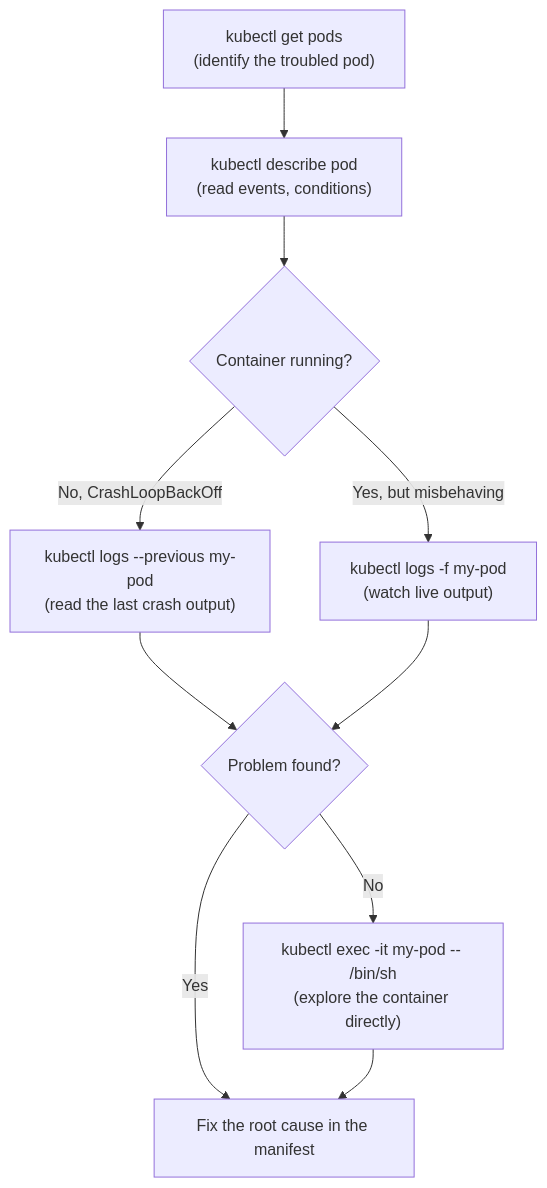
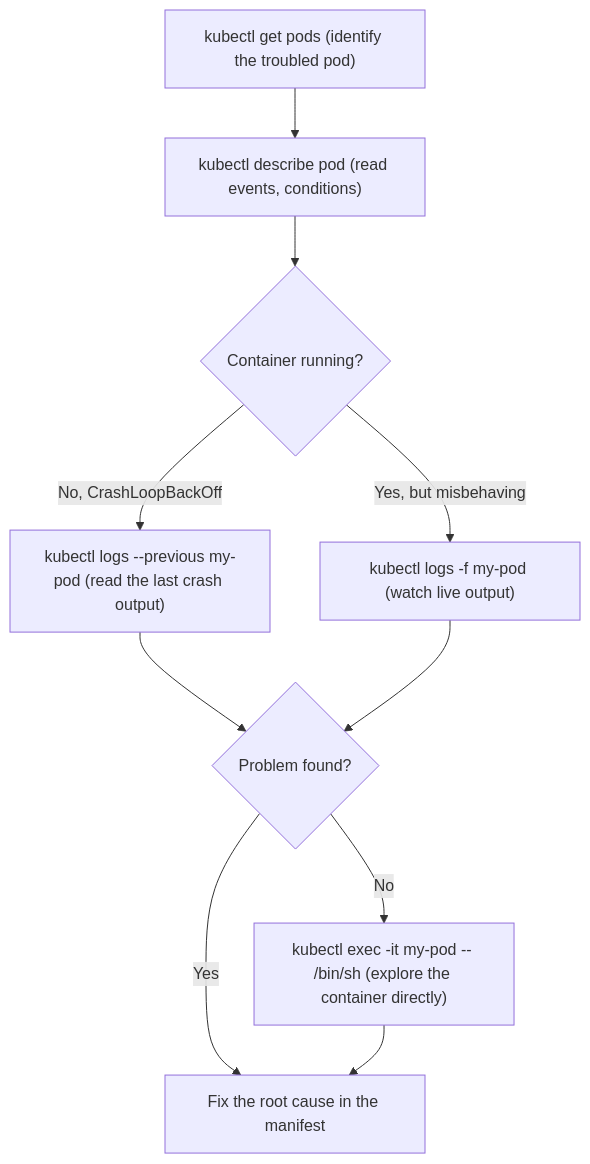
The diagram in src/courses/modules/kubectl-essentials/03-logs-and-exec/en/content.md (Antoine-Flo/kube-mastery), drawn with Mermaid before and after one commit. The commit also changed other lines of this file and 13 other files, not shown here.

````diff
--- a/src/courses/modules/kubectl-essentials/03-logs-and-exec/en/content.md
+++ b/src/courses/modules/kubectl-essentials/03-logs-and-exec/en/content.md
@@ -130,12 +128,12 @@
 ```mermaid
 flowchart TD
-    A["kubectl get pods\n(identify the troubled pod)"] --> B["kubectl describe pod\n(read events, conditions)"]
+    A["kubectl get pods (identify the troubled pod)"] --> B["kubectl describe pod (read events, conditions)"]
     B --> C{Container running?}
-    C -- No, CrashLoopBackOff --> D["kubectl logs --previous my-pod\n(read the last crash output)"]
-    C -- Yes, but misbehaving --> E["kubectl logs -f my-pod\n(watch live output)"]
+    C -- No, CrashLoopBackOff --> D["kubectl logs --previous my-pod (read the last crash output)"]
+    C -- Yes, but misbehaving --> E["kubectl logs -f my-pod (watch live output)"]
     D --> F{Problem found?}
     E --> F
-    F -- No --> G["kubectl exec -it my-pod -- /bin/sh\n(explore the container directly)"]
+    F -- No --> G["kubectl exec -it my-pod -- /bin/sh (explore the container directly)"]
     F -- Yes --> H["Fix the root cause in the manifest"]
     G --> H
 ```
````
